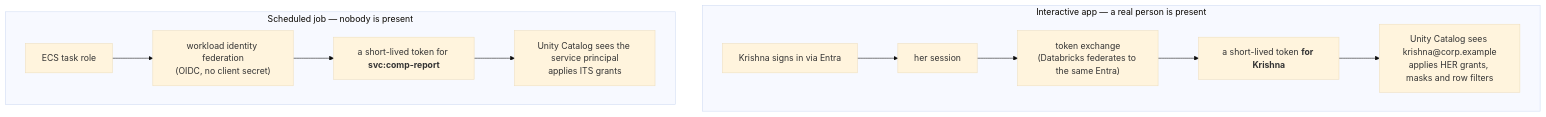
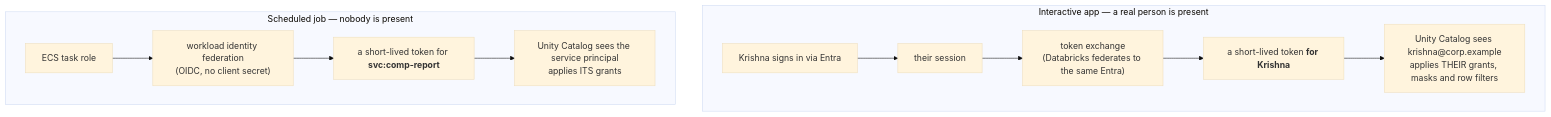
The fifth of 8 diagrams in docs/ARCHITECTURE.md (KRISHNABR/insights-platform), drawn with Mermaid (base theme) before and after one commit. The commit also changed other lines of this file and 6 other files, not shown here.

````diff
--- a/docs/ARCHITECTURE.md
+++ b/docs/ARCHITECTURE.md
@@ -488,14 +488,14 @@
 ```mermaid
 flowchart TB
   subgraph I["Interactive app — a real person is present"]
-    U["Krishna signs in via Entra"] --> S["her session"]
+    U["Krishna signs in via Entra"] --> S["their session"]
     S --> TE["token exchange<br/>(Databricks federates to the same Entra)"]
     TE --> UT["a short-lived token <b>for Krishna</b>"]
-    UT --> UC1["Unity Catalog sees krishna@corp.example<br/>applies HER grants, masks and row filters"]
+    UT --> UC1["Unity Catalog sees krishna@corp.example<br/>applies THEIR grants, masks and row filters"]
   end
   subgraph J["Scheduled job — nobody is present"]
     TR["ECS task role"] --> WIF["workload identity federation<br/>(OIDC, no client secret)"]
     WIF --> ST["a short-lived token for <b>svc:comp-report</b>"]
     ST --> UC2["Unity Catalog sees the service principal<br/>applies ITS grants"]
   end
 ```
````
